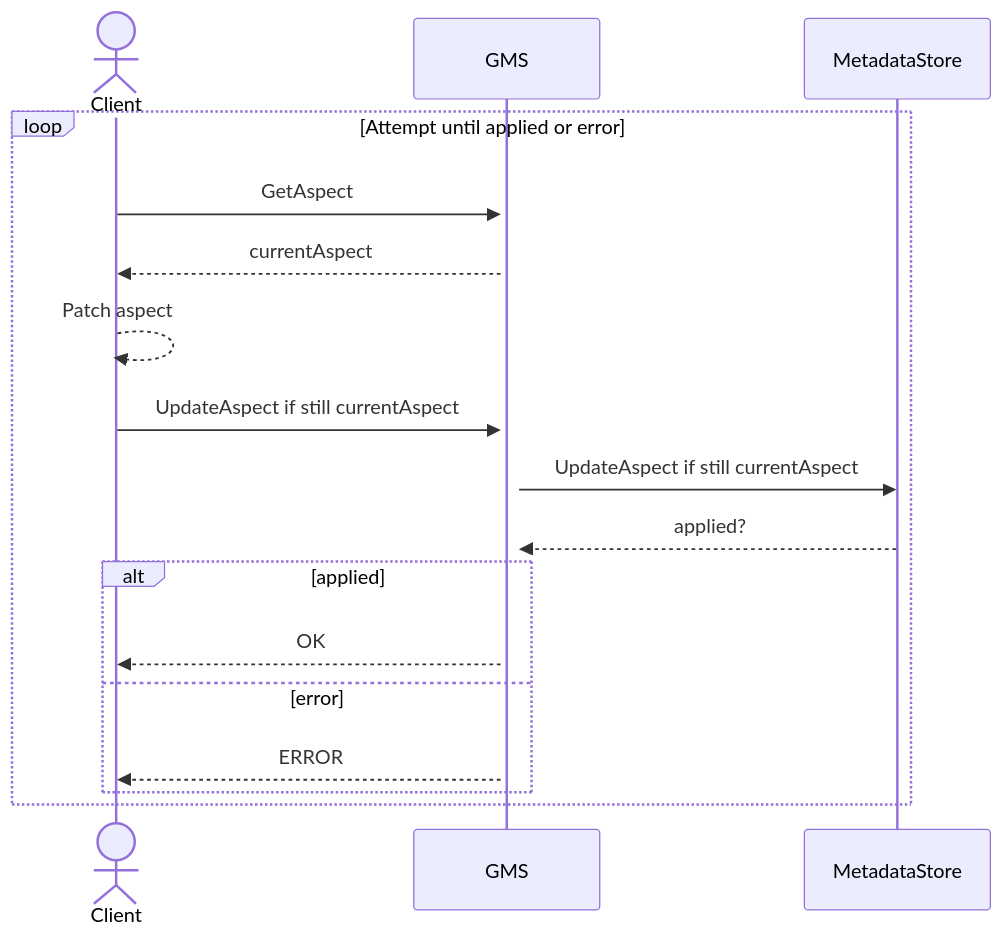
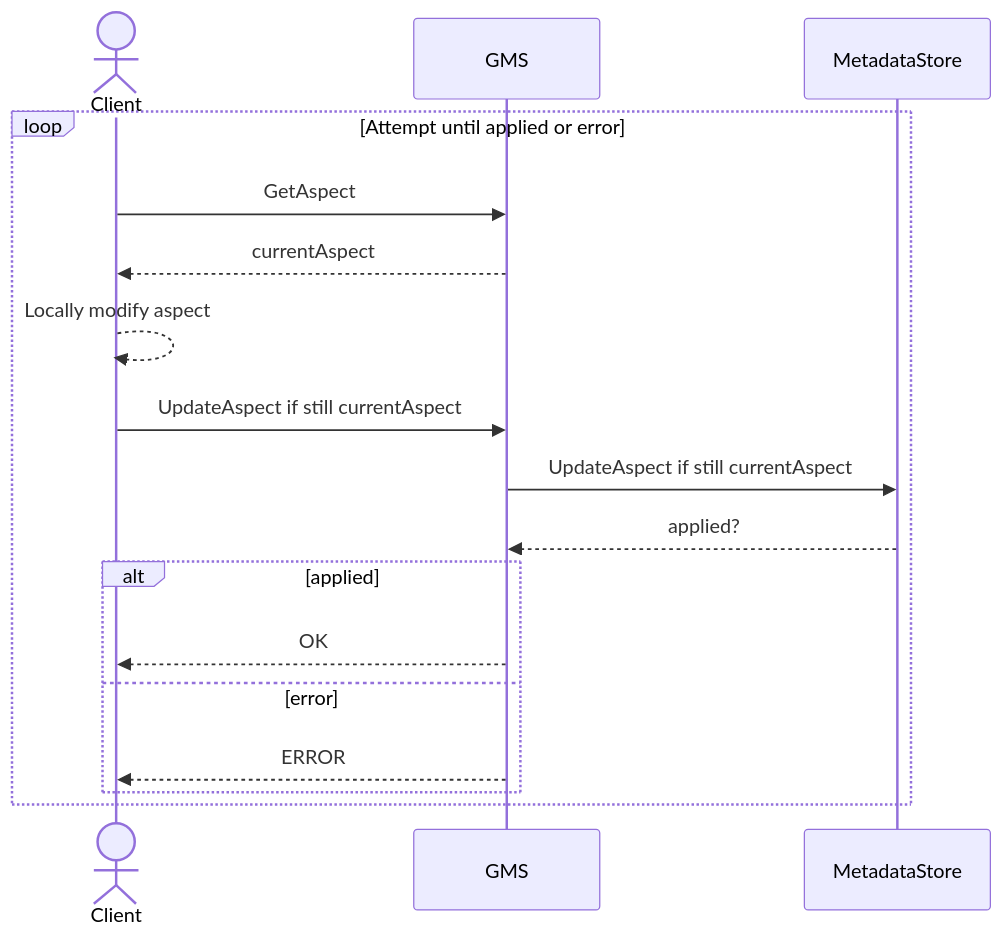
The first of 4 diagrams in docs/rfc/active/5818-serial-updates.md (datahub-project/datahub), drawn with Mermaid before and after one commit. The commit also changed other lines of this file, not shown here.

Commit message:
Small mermaid fixes and consolidate "patch" sections

````diff
--- a/docs/rfc/active/5818-serial-updates.md
+++ b/docs/rfc/active/5818-serial-updates.md
@@ -122,17 +122,17 @@
 ```mermaid
 sequenceDiagram
     actor Client
     loop Attempt until applied or error
-    Client->>+GMS: GetAspect
+    Client->>GMS: GetAspect
     GMS-->>Client: currentAspect
-    Client-->>Client: Patch aspect
-    Client->>+GMS: UpdateAspect if still currentAspect
+    Client-->>Client: Locally modify aspect
+    Client->>GMS: UpdateAspect if still currentAspect
     GMS->>MetadataStore: UpdateAspect if still currentAspect
     MetadataStore-->>GMS: applied?
     alt applied
         GMS-->>Client: OK
     else error
         GMS-->>Client: ERROR
     end
     end
 ```
````
